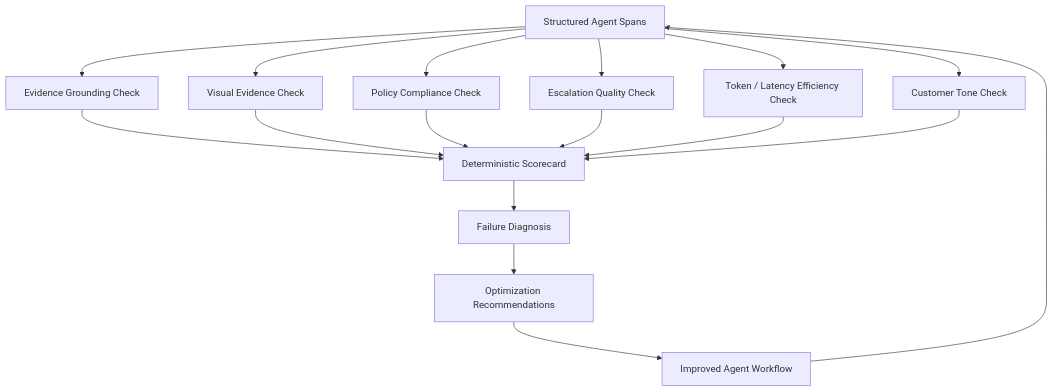
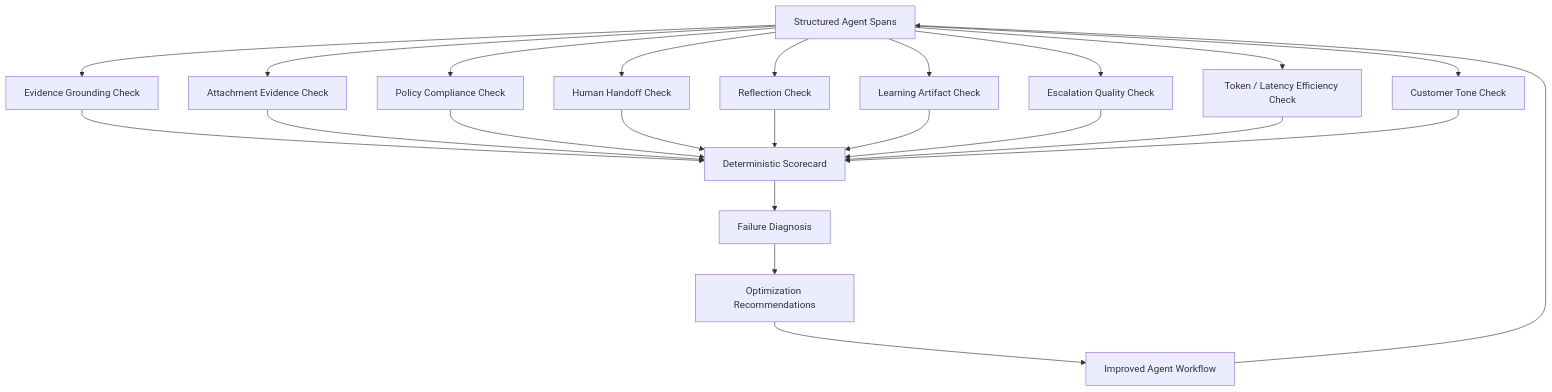
One commit to Anirvium/AMD_Anirvium changed the third of 4 diagrams in architecture_diagram.md. Above: the diagram before and after it, drawn with Mermaid. The commit also changed other lines of this file and 17 other files, not shown here.

````diff
--- a/architecture_diagram.md
+++ b/architecture_diagram.md
@@ -167,21 +191,27 @@
 ```mermaid
 flowchart TD
   Span["Structured Agent Spans"] --> Evidence["Evidence Grounding Check"]
-  Span --> VisualEvidence["Visual Evidence Check"]
+  Span --> AttachmentEvidence["Attachment Evidence Check"]
   Span --> Policy["Policy Compliance Check"]
+  Span --> Handoff["Human Handoff Check"]
+  Span --> Reflection["Reflection Check"]
+  Span --> Learning["Learning Artifact Check"]
   Span --> Escalation["Escalation Quality Check"]
   Span --> Efficiency["Token / Latency Efficiency Check"]
   Span --> Tone["Customer Tone Check"]
 
   Evidence --> Metrics["Deterministic Scorecard"]
-  VisualEvidence --> Metrics
+  AttachmentEvidence --> Metrics
   Policy --> Metrics
+  Handoff --> Metrics
+  Reflection --> Metrics
+  Learning --> Metrics
   Escalation --> Metrics
   Efficiency --> Metrics
   Tone --> Metrics
 
   Metrics --> Failures["Failure Diagnosis"]
   Failures --> Fixes["Optimization Recommendations"]
   Fixes --> Workflow["Improved Agent Workflow"]
   Workflow --> Span
 ```
````
